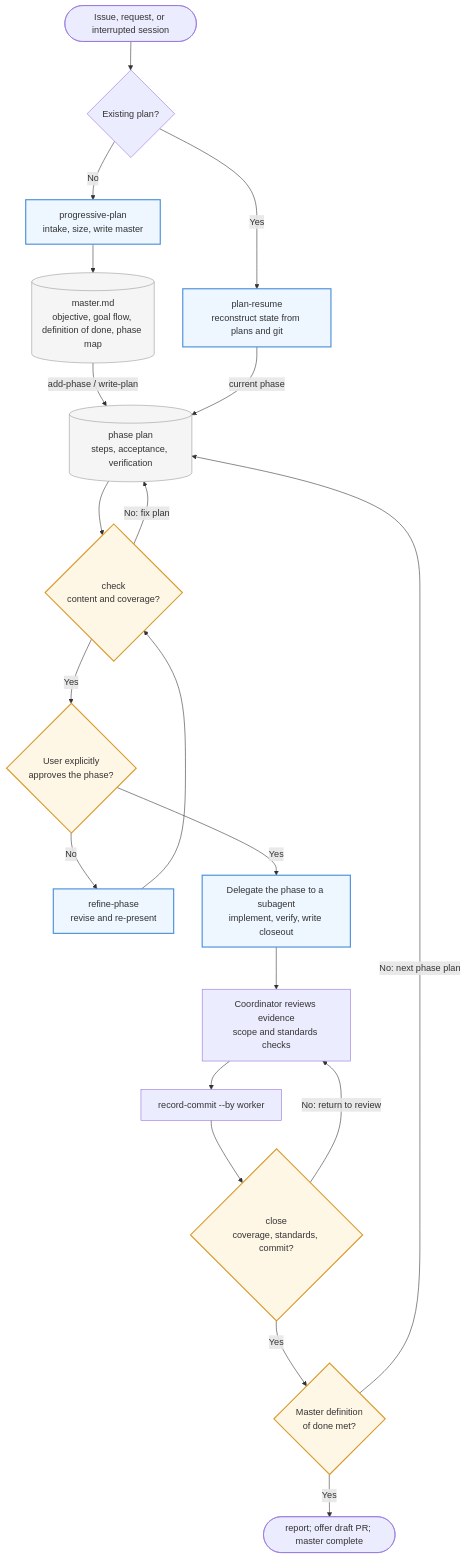
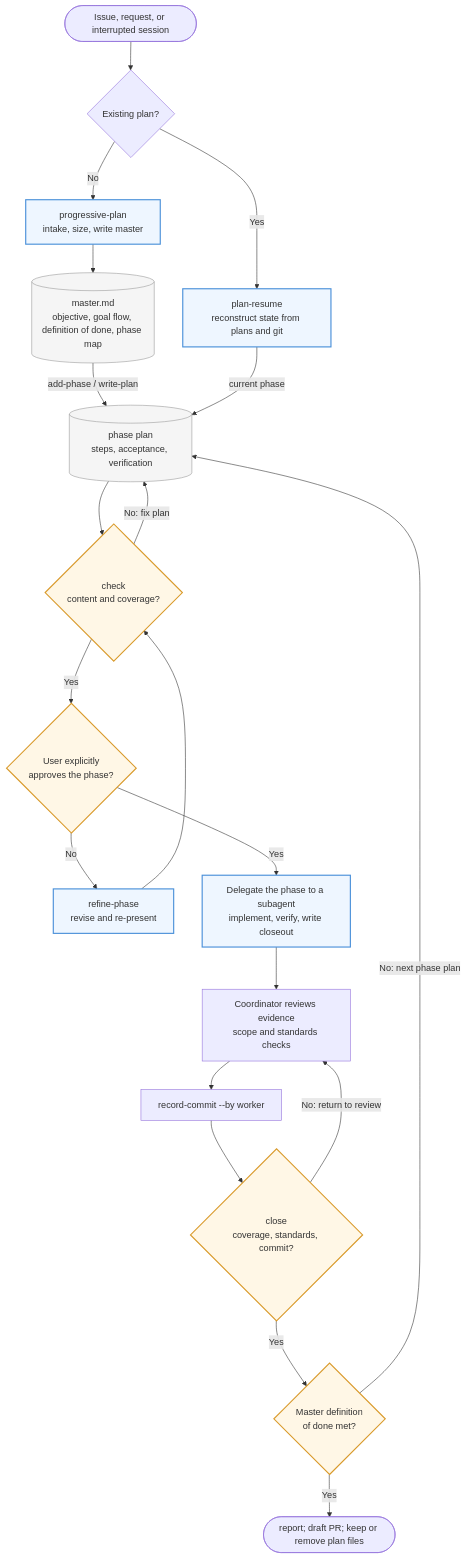
The diagram in README.md (jorgepvenegas/progressive-plan), drawn with Mermaid before and after one commit. The commit also changed other lines of this file and 15 other files, not shown here.

Commit message:
feat: add draft PR review and plan archiving

````diff
--- a/README.md
+++ b/README.md
@@ -19,33 +19,33 @@
 ```mermaid
 flowchart TD
     classDef skill fill:#eef6ff,stroke:#4a90d9,stroke-width:2px
     classDef gate fill:#fff7e6,stroke:#d99a2b,stroke-width:2px
     classDef artifact fill:#f5f5f5,stroke:#999
 
     Request([Issue, request, or interrupted session]) --> Existing{Existing plan?}
     Existing -->|No| Intake["progressive-plan<br/>intake, size, write master"]
     Existing -->|Yes| Resume["plan-resume<br/>reconstruct state from plans and git"]
 
     Intake --> Master[("master.md<br/>objective, goal flow, definition of done, phase map")]
     Master -->|add-phase / write-plan| Phase[("phase plan<br/>steps, acceptance, verification")]
     Resume -->|current phase| Phase
 
     Phase --> Check{"check<br/>content and coverage?"}
     Check -->|No: fix plan| Phase
     Check -->|Yes| Approve{User explicitly<br/>approves the phase?}
     Approve -->|No| Refine["refine-phase<br/>revise and re-present"]
     Refine --> Check
     Approve -->|Yes| Implement["Delegate the phase to a subagent<br/>implement, verify, write closeout"]
 
     Implement --> Review["Coordinator reviews evidence<br/>scope and standards checks"]
     Review --> Record["record-commit --by worker"]
     Record --> Close{"close<br/>coverage, standards, commit?"}
     Close -->|No: return to review| Review
     Close -->|Yes| More{Master definition<br/>of done met?}
     More -->|No: next phase plan| Phase
-    More -->|Yes| Finish(["report; offer draft PR; master complete"])
+    More -->|Yes| Finish(["report; draft PR; keep or remove plan files"])
 
     class Intake,Resume,Refine,Implement skill
     class Check,Approve,Close,More gate
     class Master,Phase artifact
 ```
````
